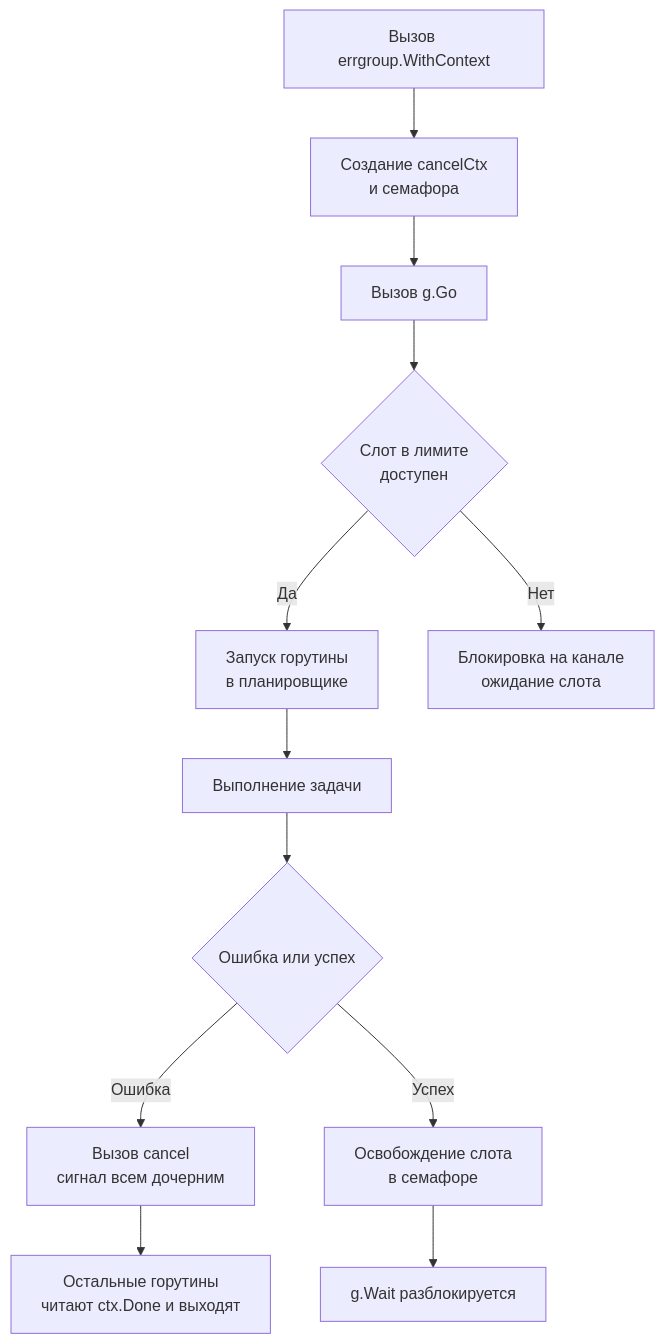
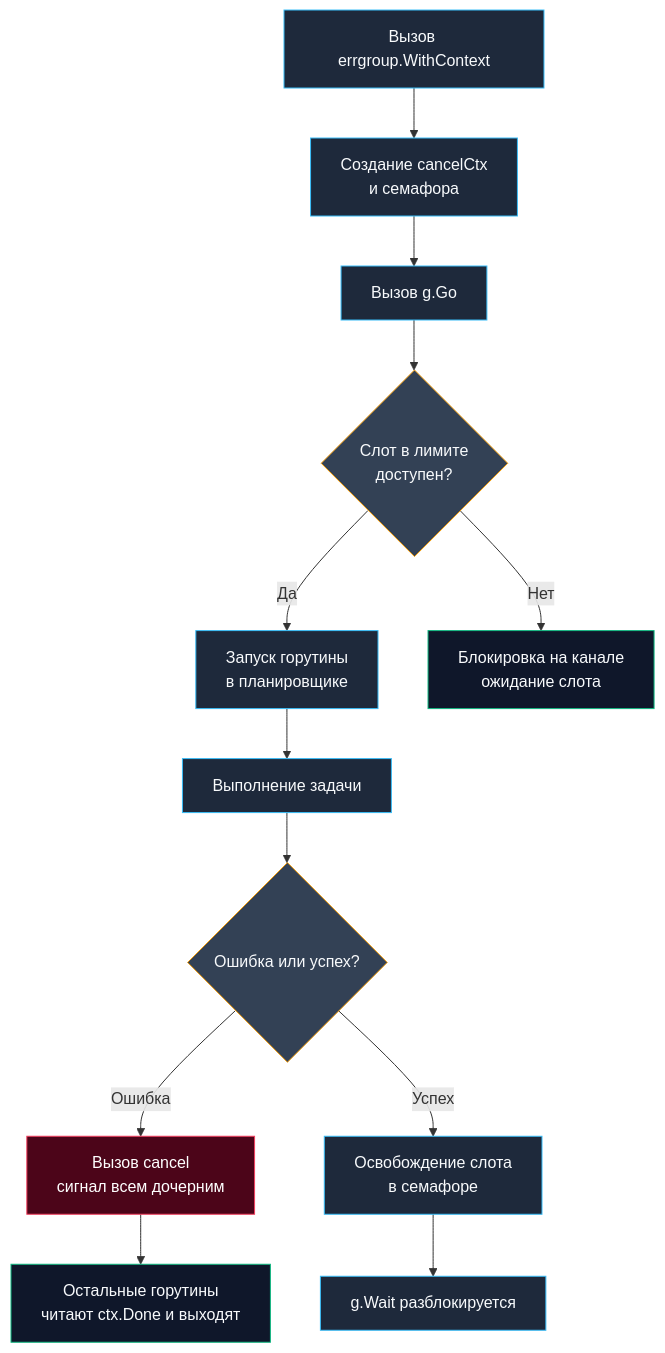
Before and after one commit to UnrealTemplier/go-textbook: the diagram in sources/9. Бэкенд на Go (Практика разработки)/26. Background jobs.md, drawn with Mermaid. The commit also changed other lines of this file, not shown here.

````diff
--- a/sources/9. Бэкенд на Go (Практика разработки)/26. Background jobs.md
+++ b/sources/9. Бэкенд на Go (Практика разработки)/26. Background jobs.md
@@ -34,14 +65,23 @@
 ```mermaid
 flowchart TD
     A["Вызов errgroup.WithContext"] --> B["Создание cancelCtx<br>и семафора"]
     B --> C["Вызов g.Go"]
-    C --> D{"Слот в лимите<br>доступен"}
+    C --> D{"Слот в лимите<br>доступен?"}
     D -->|Да| E["Запуск горутины<br>в планировщике"]
     D -->|Нет| F["Блокировка на канале<br>ожидание слота"]
     E --> G["Выполнение задачи"]
-    G --> H{"Ошибка или успех"}
+    G --> H{"Ошибка или успех?"}
     H -->|Ошибка| I["Вызов cancel<br>сигнал всем дочерним"]
     H -->|Успех| J["Освобождение слота<br>в семафоре"]
     I --> K["Остальные горутины<br>читают ctx.Done и выходят"]
     J --> L["g.Wait разблокируется"]
+
+    classDef normal fill:#1e293b,stroke:#38bdf8,color:#f8fafc;
+    classDef decision fill:#334155,stroke:#f59e0b,color:#f8fafc;
+    classDef action fill:#0f172a,stroke:#10b981,color:#f8fafc;
+    classDef fail fill:#4c0519,stroke:#f43f5e,color:#ffffff;
+    class A,B,C,E,G,J,L normal;
+    class D,H decision;
+    class F,K action;
+    class I fail;
 ```
````
